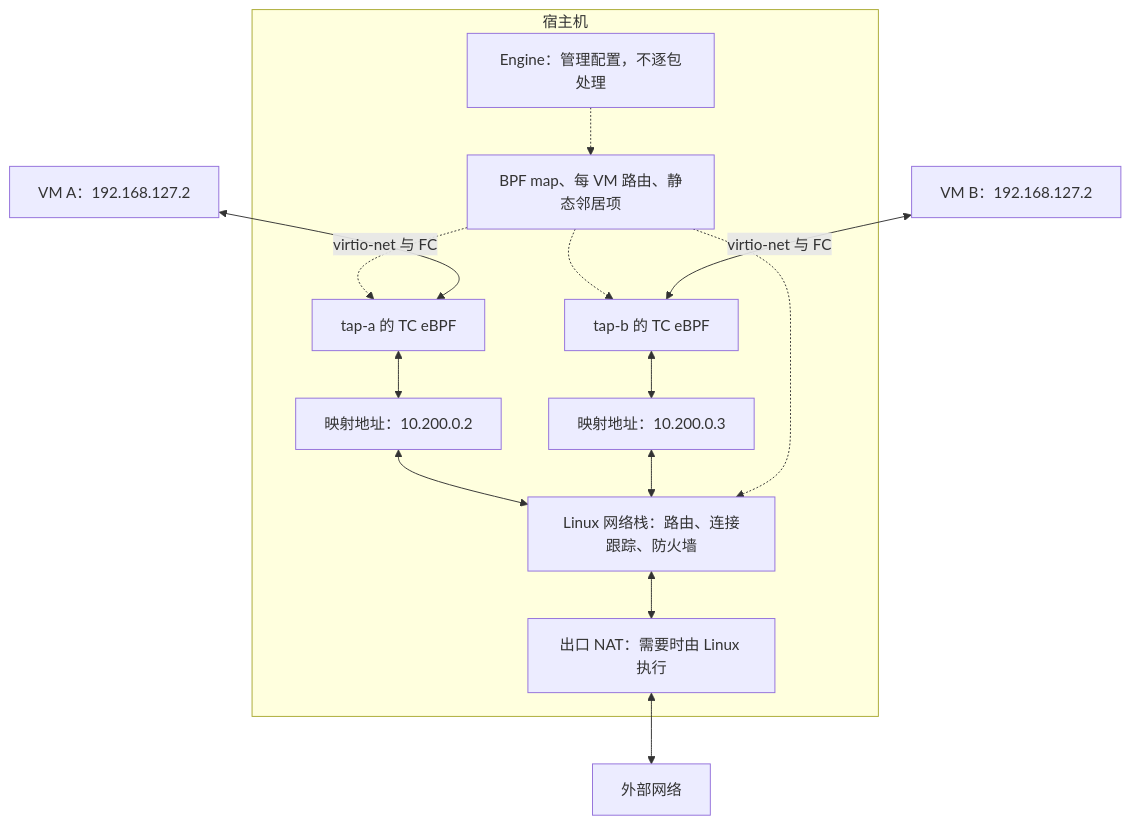
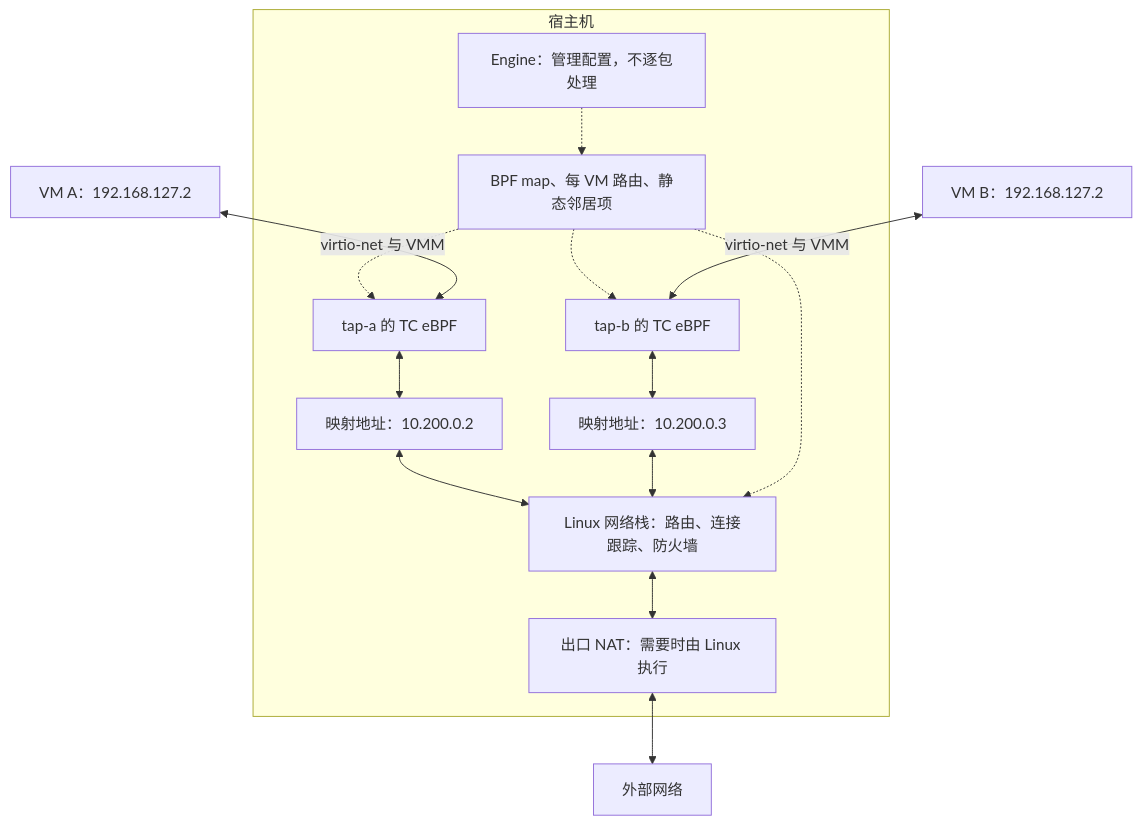
Before and after one commit to woxQAQ/sandbox-101: the first of 3 diagrams in architecture.md, drawn with Mermaid. The commit also changed other lines of this file, not shown here.

````diff
--- a/architecture.md
+++ b/architecture.md
@@ -169,27 +248,27 @@
 ```mermaid
 flowchart TB
     A["VM A：192.168.127.2"]
     B["VM B：192.168.127.2"]
     subgraph HOST["宿主机"]
         TA["tap-a 的 TC eBPF"]
         TB["tap-b 的 TC eBPF"]
         MA["映射地址：10.200.0.2"]
         MB["映射地址：10.200.0.3"]
         K["Linux 网络栈：路由、连接跟踪、防火墙"]
         N["出口 NAT：需要时由 Linux 执行"]
         E["Engine：管理配置，不逐包处理"]
         C["BPF map、每 VM 路由、静态邻居项"]
         TA <--> MA
         TB <--> MB
         MA <--> K
         MB <--> K
         K <--> N
         E -.-> C
         C -.-> TA
         C -.-> TB
         C -.-> K
     end
-    A <-->|"virtio-net 与 FC"| TA
-    B <-->|"virtio-net 与 FC"| TB
+    A <-->|"virtio-net 与 VMM"| TA
+    B <-->|"virtio-net 与 VMM"| TB
     N <--> OUT["外部网络"]
 ```
````
